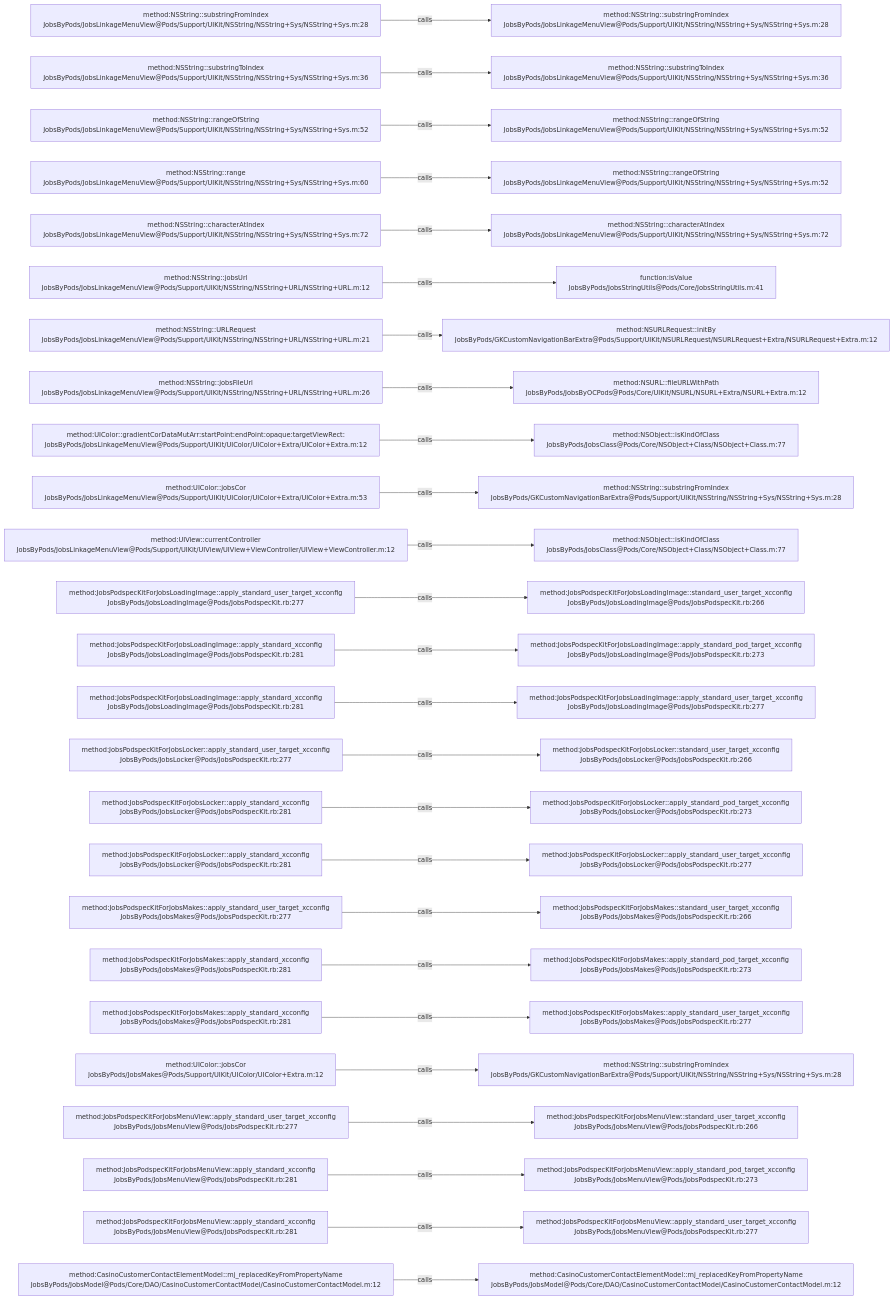
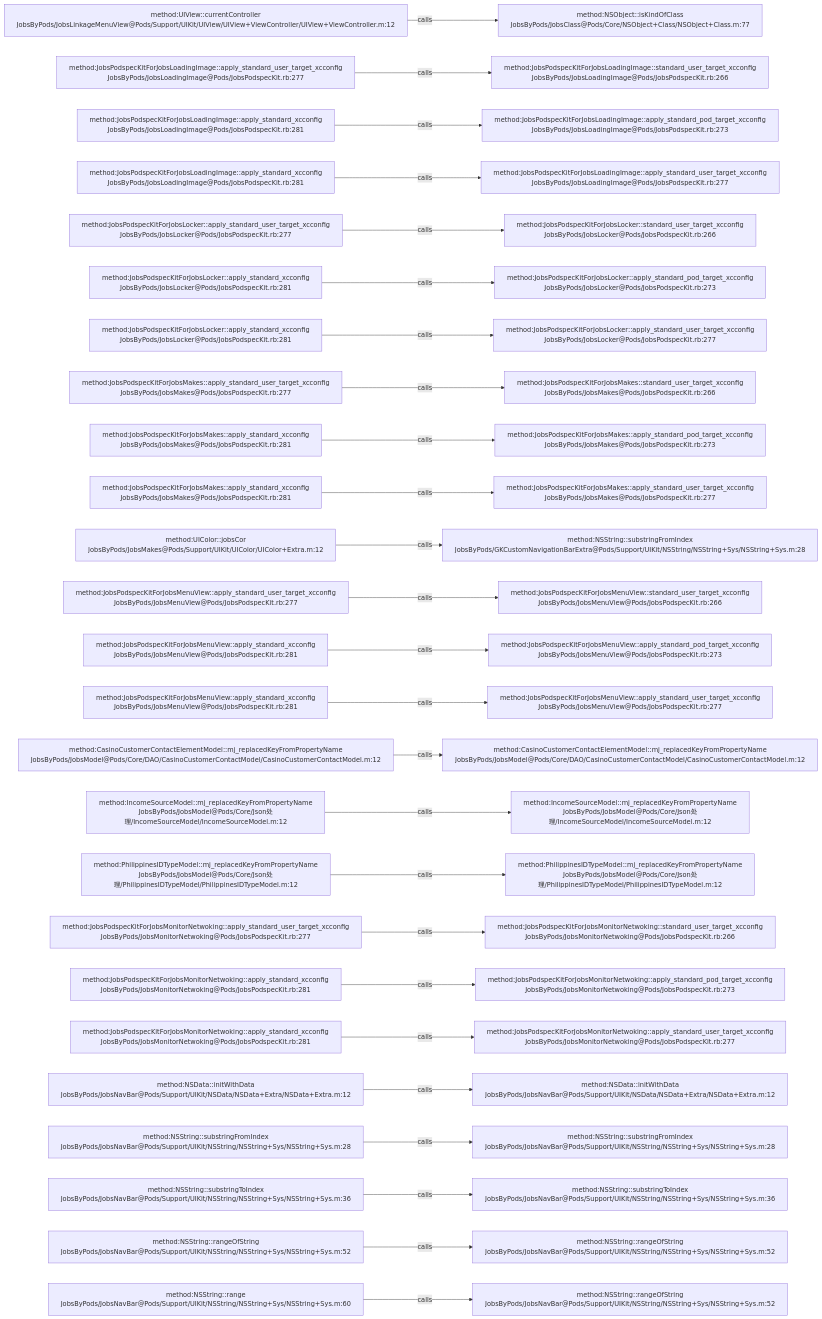
One commit to JobsKits/JobsOCBaseConfigDemo changed the diagram in .codegraph/codegraph.md/graphs/calls-011.md. Above: the diagram before and after it, drawn with Mermaid. The commit also changed 296 other files, not shown here.

````diff
--- a/.codegraph/codegraph.md/graphs/calls-011.md
+++ b/.codegraph/codegraph.md/graphs/calls-011.md
@@ -13,78 +13,78 @@
 ```mermaid
 flowchart LR
-  S1["method:NSString::substringFromIndex<br/>JobsByPods/JobsLinkageMenuView@Pods/Support/UIKit/NSString/NSString+Sys/NSString+Sys.m:28"]
-  T1["method:NSString::substringFromIndex<br/>JobsByPods/JobsLinkageMenuView@Pods/Support/UIKit/NSString/NSString+Sys/NSString+Sys.m:28"]
+  S1["method:UIView::currentController<br/>JobsByPods/JobsLinkageMenuView@Pods/Support/UIKit/UIView/UIView+ViewController/UIView+ViewController.m:12"]
+  T1["method:NSObject::isKindOfClass<br/>JobsByPods/JobsClass@Pods/Core/NSObject+Class/NSObject+Class.m:77"]
   S1 -->|calls| T1
-  S2["method:NSString::substringToIndex<br/>JobsByPods/JobsLinkageMenuView@Pods/Support/UIKit/NSString/NSString+Sys/NSString+Sys.m:36"]
-  T2["method:NSString::substringToIndex<br/>JobsByPods/JobsLinkageMenuView@Pods/Support/UIKit/NSString/NSString+Sys/NSString+Sys.m:36"]
+  S2["method:JobsPodspecKitForJobsLoadingImage::apply_standard_user_target_xcconfig<br/>JobsByPods/JobsLoadingImage@Pods/JobsPodspecKit.rb:277"]
+  T2["method:JobsPodspecKitForJobsLoadingImage::standard_user_target_xcconfig<br/>JobsByPods/JobsLoadingImage@Pods/JobsPodspecKit.rb:266"]
   S2 -->|calls| T2
-  S3["method:NSString::rangeOfString<br/>JobsByPods/JobsLinkageMenuView@Pods/Support/UIKit/NSString/NSString+Sys/NSString+Sys.m:52"]
-  T3["method:NSString::rangeOfString<br/>JobsByPods/JobsLinkageMenuView@Pods/Support/UIKit/NSString/NSString+Sys/NSString+Sys.m:52"]
+  S3["method:JobsPodspecKitForJobsLoadingImage::apply_standard_xcconfig<br/>JobsByPods/JobsLoadingImage@Pods/JobsPodspecKit.rb:281"]
+  T3["method:JobsPodspecKitForJobsLoadingImage::apply_standard_pod_target_xcconfig<br/>JobsByPods/JobsLoadingImage@Pods/JobsPodspecKit.rb:273"]
   S3 -->|calls| T3
-  S4["method:NSString::range<br/>JobsByPods/JobsLinkageMenuView@Pods/Support/UIKit/NSString/NSString+Sys/NSString+Sys.m:60"]
-  T4["method:NSString::rangeOfString<br/>JobsByPods/JobsLinkageMenuView@Pods/Support/UIKit/NSString/NSString+Sys/NSString+Sys.m:52"]
+  S4["method:JobsPodspecKitForJobsLoadingImage::apply_standard_xcconfig<br/>JobsByPods/JobsLoadingImage@Pods/JobsPodspecKit.rb:281"]
+  T4["method:JobsPodspecKitForJobsLoadingImage::apply_standard_user_target_xcconfig<br/>JobsByPods/JobsLoadingImage@Pods/JobsPodspecKit.rb:277"]
   S4 -->|calls| T4
-  S5["method:NSString::characterAtIndex<br/>JobsByPods/JobsLinkageMenuView@Pods/Support/UIKit/NSString/NSString+Sys/NSString+Sys.m:72"]
-  T5["method:NSString::characterAtIndex<br/>JobsByPods/JobsLinkageMenuView@Pods/Support/UIKit/NSString/NSString+Sys/NSString+Sys.m:72"]
+  S5["method:JobsPodspecKitForJobsLocker::apply_standard_user_target_xcconfig<br/>JobsByPods/JobsLocker@Pods/JobsPodspecKit.rb:277"]
+  T5["method:JobsPodspecKitForJobsLocker::standard_user_target_xcconfig<br/>JobsByPods/JobsLocker@Pods/JobsPodspecKit.rb:266"]
   S5 -->|calls| T5
-  S6["method:NSString::jobsUrl<br/>JobsByPods/JobsLinkageMenuView@Pods/Support/UIKit/NSString/NSString+URL/NSString+URL.m:12"]
-  T6["function:isValue<br/>JobsByPods/JobsStringUtils@Pods/Core/JobsStringUtils.m:41"]
+  S6["method:JobsPodspecKitForJobsLocker::apply_standard_xcconfig<br/>JobsByPods/JobsLocker@Pods/JobsPodspecKit.rb:281"]
+  T6["method:JobsPodspecKitForJobsLocker::apply_standard_pod_target_xcconfig<br/>JobsByPods/JobsLocker@Pods/JobsPodspecKit.rb:273"]
   S6 -->|calls| T6
-  S7["method:NSString::URLRequest<br/>JobsByPods/JobsLinkageMenuView@Pods/Support/UIKit/NSString/NSString+URL/NSString+URL.m:21"]
-  T7["method:NSURLRequest::initBy<br/>JobsByPods/GKCustomNavigationBarExtra@Pods/Support/UIKit/NSURLRequest/NSURLRequest+Extra/NSURLRequest+Extra.m:12"]
+  S7["method:JobsPodspecKitForJobsLocker::apply_standard_xcconfig<br/>JobsByPods/JobsLocker@Pods/JobsPodspecKit.rb:281"]
+  T7["method:JobsPodspecKitForJobsLocker::apply_standard_user_target_xcconfig<br/>JobsByPods/JobsLocker@Pods/JobsPodspecKit.rb:277"]
   S7 -->|calls| T7
-  S8["method:NSString::jobsFileUrl<br/>JobsByPods/JobsLinkageMenuView@Pods/Support/UIKit/NSString/NSString+URL/NSString+URL.m:26"]
-  T8["method:NSURL::fileURLWithPath<br/>JobsByPods/JobsByOCPods@Pods/Core/UIKit/NSURL/NSURL+Extra/NSURL+Extra.m:12"]
+  S8["method:JobsPodspecKitForJobsMakes::apply_standard_user_target_xcconfig<br/>JobsByPods/JobsMakes@Pods/JobsPodspecKit.rb:277"]
+  T8["method:JobsPodspecKitForJobsMakes::standard_user_target_xcconfig<br/>JobsByPods/JobsMakes@Pods/JobsPodspecKit.rb:266"]
   S8 -->|calls| T8
-  S9["method:UIColor::gradientCorDataMutArr:startPoint:endPoint:opaque:targetViewRect:<br/>JobsByPods/JobsLinkageMenuView@Pods/Support/UIKit/UIColor/UIColor+Extra/UIColor+Extra.m:12"]
-  T9["method:NSObject::isKindOfClass<br/>JobsByPods/JobsClass@Pods/Core/NSObject+Class/NSObject+Class.m:77"]
+  S9["method:JobsPodspecKitForJobsMakes::apply_standard_xcconfig<br/>JobsByPods/JobsMakes@Pods/JobsPodspecKit.rb:281"]
+  T9["method:JobsPodspecKitForJobsMakes::apply_standard_pod_target_xcconfig<br/>JobsByPods/JobsMakes@Pods/JobsPodspecKit.rb:273"]
   S9 -->|calls| T9
-  S10["method:UIColor::jobsCor<br/>JobsByPods/JobsLinkageMenuView@Pods/Support/UIKit/UIColor/UIColor+Extra/UIColor+Extra.m:53"]
-  T10["method:NSString::substringFromIndex<br/>JobsByPods/GKCustomNavigationBarExtra@Pods/Support/UIKit/NSString/NSString+Sys/NSString+Sys.m:28"]
+  S10["method:JobsPodspecKitForJobsMakes::apply_standard_xcconfig<br/>JobsByPods/JobsMakes@Pods/JobsPodspecKit.rb:281"]
+  T10["method:JobsPodspecKitForJobsMakes::apply_standard_user_target_xcconfig<br/>JobsByPods/JobsMakes@Pods/JobsPodspecKit.rb:277"]
   S10 -->|calls| T10
-  S11["method:UIView::currentController<br/>JobsByPods/JobsLinkageMenuView@Pods/Support/UIKit/UIView/UIView+ViewController/UIView+ViewController.m:12"]
-  T11["method:NSObject::isKindOfClass<br/>JobsByPods/JobsClass@Pods/Core/NSObject+Class/NSObject+Class.m:77"]
+  S11["method:UIColor::jobsCor<br/>JobsByPods/JobsMakes@Pods/Support/UIKit/UIColor/UIColor+Extra.m:12"]
+  T11["method:NSString::substringFromIndex<br/>JobsByPods/GKCustomNavigationBarExtra@Pods/Support/UIKit/NSString/NSString+Sys/NSString+Sys.m:28"]
   S11 -->|calls| T11
-  S12["method:JobsPodspecKitForJobsLoadingImage::apply_standard_user_target_xcconfig<br/>JobsByPods/JobsLoadingImage@Pods/JobsPodspecKit.rb:277"]
-  T12["method:JobsPodspecKitForJobsLoadingImage::standard_user_target_xcconfig<br/>JobsByPods/JobsLoadingImage@Pods/JobsPodspecKit.rb:266"]
+  S12["method:JobsPodspecKitForJobsMenuView::apply_standard_user_target_xcconfig<br/>JobsByPods/JobsMenuView@Pods/JobsPodspecKit.rb:277"]
+  T12["method:JobsPodspecKitForJobsMenuView::standard_user_target_xcconfig<br/>JobsByPods/JobsMenuView@Pods/JobsPodspecKit.rb:266"]
   S12 -->|calls| T12
-  S13["method:JobsPodspecKitForJobsLoadingImage::apply_standard_xcconfig<br/>JobsByPods/JobsLoadingImage@Pods/JobsPodspecKit.rb:281"]
-  T13["method:JobsPodspecKitForJobsLoadingImage::apply_standard_pod_target_xcconfig<br/>JobsByPods/JobsLoadingImage@Pods/JobsPodspecKit.rb:273"]
+  S13["method:JobsPodspecKitForJobsMenuView::apply_standard_xcconfig<br/>JobsByPods/JobsMenuView@Pods/JobsPodspecKit.rb:281"]
+  T13["method:JobsPodspecKitForJobsMenuView::apply_standard_pod_target_xcconfig<br/>JobsByPods/JobsMenuView@Pods/JobsPodspecKit.rb:273"]
   S13 -->|calls| T13
-  S14["method:JobsPodspecKitForJobsLoadingImage::apply_standard_xcconfig<br/>JobsByPods/JobsLoadingImage@Pods/JobsPodspecKit.rb:281"]
-  T14["method:JobsPodspecKitForJobsLoadingImage::apply_standard_user_target_xcconfig<br/>JobsByPods/JobsLoadingImage@Pods/JobsPodspecKit.rb:277"]
+  S14["method:JobsPodspecKitForJobsMenuView::apply_standard_xcconfig<br/>JobsByPods/JobsMenuView@Pods/JobsPodspecKit.rb:281"]
+  T14["method:JobsPodspecKitForJobsMenuView::apply_standard_user_target_xcconfig<br/>JobsByPods/JobsMenuView@Pods/JobsPodspecKit.rb:277"]
   S14 -->|calls| T14
-  S15["method:JobsPodspecKitForJobsLocker::apply_standard_user_target_xcconfig<br/>JobsByPods/JobsLocker@Pods/JobsPodspecKit.rb:277"]
-  T15["method:JobsPodspecKitForJobsLocker::standard_user_target_xcconfig<br/>JobsByPods/JobsLocker@Pods/JobsPodspecKit.rb:266"]
+  S15["method:CasinoCustomerContactElementModel::mj_replacedKeyFromPropertyName<br/>JobsByPods/JobsModel@Pods/Core/DAO/CasinoCustomerContactModel/CasinoCustomerContactModel.m:12"]
+  T15["method:CasinoCustomerContactElementModel::mj_replacedKeyFromPropertyName<br/>JobsByPods/JobsModel@Pods/Core/DAO/CasinoCustomerContactModel/CasinoCustomerContactModel.m:12"]
   S15 -->|calls| T15
-  S16["method:JobsPodspecKitForJobsLocker::apply_standard_xcconfig<br/>JobsByPods/JobsLocker@Pods/JobsPodspecKit.rb:281"]
-  T16["method:JobsPodspecKitForJobsLocker::apply_standard_pod_target_xcconfig<br/>JobsByPods/JobsLocker@Pods/JobsPodspecKit.rb:273"]
+  S16["method:IncomeSourceModel::mj_replacedKeyFromPropertyName<br/>JobsByPods/JobsModel@Pods/Core/Json处理/IncomeSourceModel/IncomeSourceModel.m:12"]
+  T16["method:IncomeSourceModel::mj_replacedKeyFromPropertyName<br/>JobsByPods/JobsModel@Pods/Core/Json处理/IncomeSourceModel/IncomeSourceModel.m:12"]
   S16 -->|calls| T16
-  S17["method:JobsPodspecKitForJobsLocker::apply_standard_xcconfig<br/>JobsByPods/JobsLocker@Pods/JobsPodspecKit.rb:281"]
-  T17["method:JobsPodspecKitForJobsLocker::apply_standard_user_target_xcconfig<br/>JobsByPods/JobsLocker@Pods/JobsPodspecKit.rb:277"]
+  S17["method:PhilippinesIDTypeModel::mj_replacedKeyFromPropertyName<br/>JobsByPods/JobsModel@Pods/Core/Json处理/PhilippinesIDTypeModel/PhilippinesIDTypeModel.m:12"]
+  T17["method:PhilippinesIDTypeModel::mj_replacedKeyFromPropertyName<br/>JobsByPods/JobsModel@Pods/Core/Json处理/PhilippinesIDTypeModel/PhilippinesIDTypeModel.m:12"]
   S17 -->|calls| T17
-  S18["method:JobsPodspecKitForJobsMakes::apply_standard_user_target_xcconfig<br/>JobsByPods/JobsMakes@Pods/JobsPodspecKit.rb:277"]
-  T18["method:JobsPodspecKitForJobsMakes::standard_user_target_xcconfig<br/>JobsByPods/JobsMakes@Pods/JobsPodspecKit.rb:266"]
+  S18["method:JobsPodspecKitForJobsMonitorNetwoking::apply_standard_user_target_xcconfig<br/>JobsByPods/JobsMonitorNetwoking@Pods/JobsPodspecKit.rb:277"]
+  T18["method:JobsPodspecKitForJobsMonitorNetwoking::standard_user_target_xcconfig<br/>JobsByPods/JobsMonitorNetwoking@Pods/JobsPodspecKit.rb:266"]
   S18 -->|calls| T18
-  S19["method:JobsPodspecKitForJobsMakes::apply_standard_xcconfig<br/>JobsByPods/JobsMakes@Pods/JobsPodspecKit.rb:281"]
-  T19["method:JobsPodspecKitForJobsMakes::apply_standard_pod_target_xcconfig<br/>JobsByPods/JobsMakes@Pods/JobsPodspecKit.rb:273"]
+  S19["method:JobsPodspecKitForJobsMonitorNetwoking::apply_standard_xcconfig<br/>JobsByPods/JobsMonitorNetwoking@Pods/JobsPodspecKit.rb:281"]
+  T19["method:JobsPodspecKitForJobsMonitorNetwoking::apply_standard_pod_target_xcconfig<br/>JobsByPods/JobsMonitorNetwoking@Pods/JobsPodspecKit.rb:273"]
   S19 -->|calls| T19
-  S20["method:JobsPodspecKitForJobsMakes::apply_standard_xcconfig<br/>JobsByPods/JobsMakes@Pods/JobsPodspecKit.rb:281"]
-  T20["method:JobsPodspecKitForJobsMakes::apply_standard_user_target_xcconfig<br/>JobsByPods/JobsMakes@Pods/JobsPodspecKit.rb:277"]
+  S20["method:JobsPodspecKitForJobsMonitorNetwoking::apply_standard_xcconfig<br/>JobsByPods/JobsMonitorNetwoking@Pods/JobsPodspecKit.rb:281"]
+  T20["method:JobsPodspecKitForJobsMonitorNetwoking::apply_standard_user_target_xcconfig<br/>JobsByPods/JobsMonitorNetwoking@Pods/JobsPodspecKit.rb:277"]
   S20 -->|calls| T20
-  S21["method:UIColor::jobsCor<br/>JobsByPods/JobsMakes@Pods/Support/UIKit/UIColor/UIColor+Extra.m:12"]
-  T21["method:NSString::substringFromIndex<br/>JobsByPods/GKCustomNavigationBarExtra@Pods/Support/UIKit/NSString/NSString+Sys/NSString+Sys.m:28"]
+  S21["method:NSData::initWithData<br/>JobsByPods/JobsNavBar@Pods/Support/UIKit/NSData/NSData+Extra/NSData+Extra.m:12"]
+  T21["method:NSData::initWithData<br/>JobsByPods/JobsNavBar@Pods/Support/UIKit/NSData/NSData+Extra/NSData+Extra.m:12"]
   S21 -->|calls| T21
-  S22["method:JobsPodspecKitForJobsMenuView::apply_standard_user_target_xcconfig<br/>JobsByPods/JobsMenuView@Pods/JobsPodspecKit.rb:277"]
-  T22["method:JobsPodspecKitForJobsMenuView::standard_user_target_xcconfig<br/>JobsByPods/JobsMenuView@Pods/JobsPodspecKit.rb:266"]
+  S22["method:NSString::substringFromIndex<br/>JobsByPods/JobsNavBar@Pods/Support/UIKit/NSString/NSString+Sys/NSString+Sys.m:28"]
+  T22["method:NSString::substringFromIndex<br/>JobsByPods/JobsNavBar@Pods/Support/UIKit/NSString/NSString+Sys/NSString+Sys.m:28"]
   S22 -->|calls| T22
-  S23["method:JobsPodspecKitForJobsMenuView::apply_standard_xcconfig<br/>JobsByPods/JobsMenuView@Pods/JobsPodspecKit.rb:281"]
-  T23["method:JobsPodspecKitForJobsMenuView::apply_standard_pod_target_xcconfig<br/>JobsByPods/JobsMenuView@Pods/JobsPodspecKit.rb:273"]
+  S23["method:NSString::substringToIndex<br/>JobsByPods/JobsNavBar@Pods/Support/UIKit/NSString/NSString+Sys/NSString+Sys.m:36"]
+  T23["method:NSString::substringToIndex<br/>JobsByPods/JobsNavBar@Pods/Support/UIKit/NSString/NSString+Sys/NSString+Sys.m:36"]
   S23 -->|calls| T23
-  S24["method:JobsPodspecKitForJobsMenuView::apply_standard_xcconfig<br/>JobsByPods/JobsMenuView@Pods/JobsPodspecKit.rb:281"]
-  T24["method:JobsPodspecKitForJobsMenuView::apply_standard_user_target_xcconfig<br/>JobsByPods/JobsMenuView@Pods/JobsPodspecKit.rb:277"]
+  S24["method:NSString::rangeOfString<br/>JobsByPods/JobsNavBar@Pods/Support/UIKit/NSString/NSString+Sys/NSString+Sys.m:52"]
+  T24["method:NSString::rangeOfString<br/>JobsByPods/JobsNavBar@Pods/Support/UIKit/NSString/NSString+Sys/NSString+Sys.m:52"]
   S24 -->|calls| T24
-  S25["method:CasinoCustomerContactElementModel::mj_replacedKeyFromPropertyName<br/>JobsByPods/JobsModel@Pods/Core/DAO/CasinoCustomerContactModel/CasinoCustomerContactModel.m:12"]
-  T25["method:CasinoCustomerContactElementModel::mj_replacedKeyFromPropertyName<br/>JobsByPods/JobsModel@Pods/Core/DAO/CasinoCustomerContactModel/CasinoCustomerContactModel.m:12"]
+  S25["method:NSString::range<br/>JobsByPods/JobsNavBar@Pods/Support/UIKit/NSString/NSString+Sys/NSString+Sys.m:60"]
+  T25["method:NSString::rangeOfString<br/>JobsByPods/JobsNavBar@Pods/Support/UIKit/NSString/NSString+Sys/NSString+Sys.m:52"]
   S25 -->|calls| T25
 ```
````
